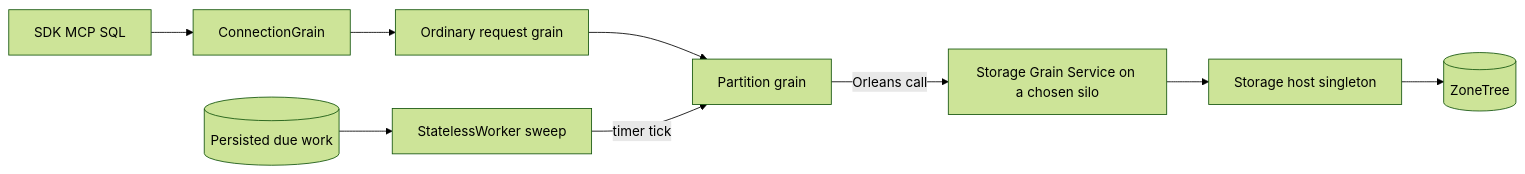
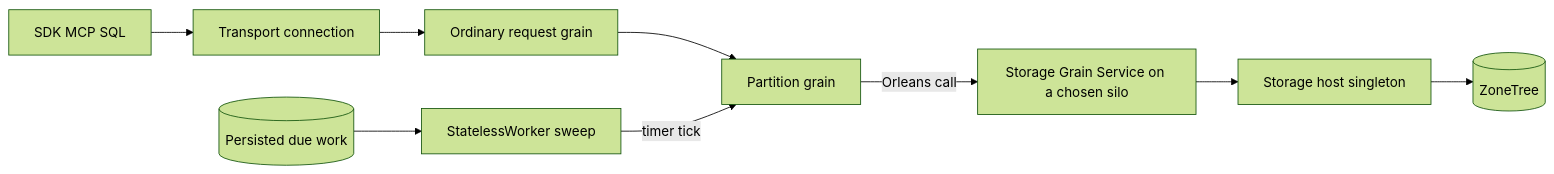
One commit to managedcode/KeyLoad changed the diagram in docs/Features/OrleansExecution/ExecutionPrimitives.md. Above: the diagram before and after it, drawn with Mermaid (forest theme). The commit also changed other lines of this file and 27 other files, not shown here.

````diff
--- a/docs/Features/OrleansExecution/ExecutionPrimitives.md
+++ b/docs/Features/OrleansExecution/ExecutionPrimitives.md
@@ -22,11 +22,11 @@
 ```mermaid
 flowchart LR
-    Api[SDK MCP SQL] --> Conn[ConnectionGrain]
+    Api[SDK MCP SQL] --> Conn[Transport connection]
     Conn --> Request[Ordinary request grain]
     Request --> Part[Partition grain]
     Part -->|Orleans call| Svc[Storage Grain Service on a chosen silo]
     Svc --> Host[Storage host singleton]
     Host --> Zt[(ZoneTree)]
     Records[(Persisted due work)] --> Wk[StatelessWorker sweep]
     Wk -->|timer tick| Part
 ```
````
